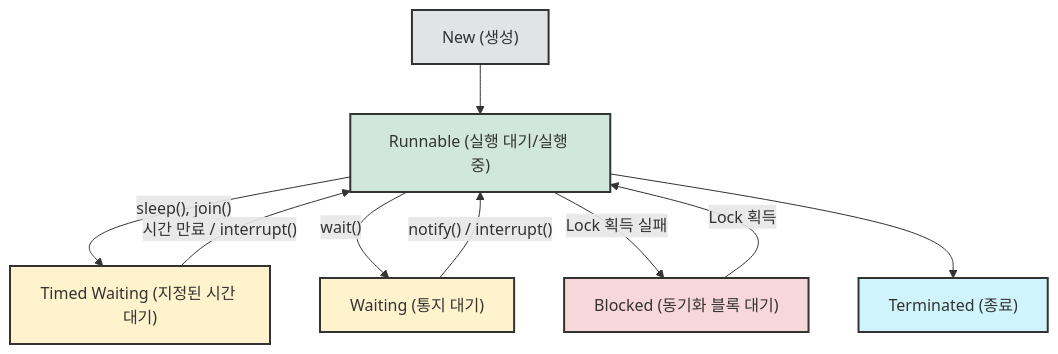
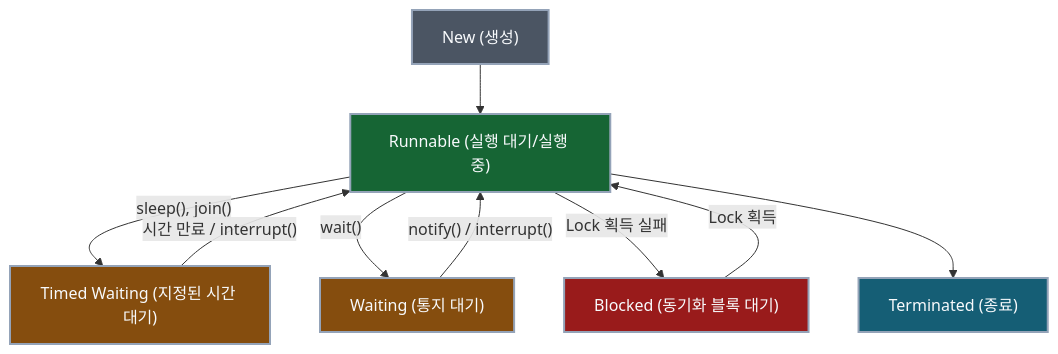
Before and after one commit to Kang-Hyesung/kang-hyesung.github.io: the diagram in _posts/java/13-스레드_제어_및_기초적_동기화/2026-03-05-sleep()메서드와-우연.md, drawn with Mermaid. The commit also changed 74 other files, not shown here.

Commit message:
docs: update post visibility and mermaid colors

````diff
--- a/_posts/java/13-스레드_제어_및_기초적_동기화/2026-03-05-sleep()메서드와-우연.md
+++ b/_posts/java/13-스레드_제어_및_기초적_동기화/2026-03-05-sleep()메서드와-우연.md
@@ -18,30 +18,30 @@
 ```mermaid
 graph TD
     %% 1. 노드 정의
     A["New (생성)"]
     B["Runnable (실행 대기/실행 중)"]
     C["Timed Waiting (지정된 시간 대기)"]
     D["Waiting (통지 대기)"]
     E["Blocked (동기화 블록 대기)"]
     F["Terminated (종료)"]
 
     %% 2. 연결(Edge) 정의 (안전한 따옴표 구문 사용)
     A --> B
     B -- "sleep(), join()" --> C
     B -- "wait()" --> D
     B -- "Lock 획득 실패" --> E
     
     C -- "시간 만료 / interrupt()" --> B
     D -- "notify() / interrupt()" --> B
     E -- "Lock 획득" --> B
     
     B --> F
 
     %% 3. 스타일 정의
-    style A fill:#e2e3e5,stroke:#333,stroke-width:2px
-    style B fill:#d1e7dd,stroke:#333,stroke-width:2px
-    style C fill:#fff3cd,stroke:#333,stroke-width:2px
-    style D fill:#fff3cd,stroke:#333,stroke-width:2px
-    style E fill:#f8d7da,stroke:#333,stroke-width:2px
-    style F fill:#cff4fc,stroke:#333,stroke-width:2px
+    style A fill:#4b5563,stroke:#94a3b8,stroke-width:2px,color:#f8fafc
+    style B fill:#166534,stroke:#94a3b8,stroke-width:2px,color:#f8fafc
+    style C fill:#854d0e,stroke:#94a3b8,stroke-width:2px,color:#f8fafc
+    style D fill:#854d0e,stroke:#94a3b8,stroke-width:2px,color:#f8fafc
+    style E fill:#991b1b,stroke:#94a3b8,stroke-width:2px,color:#f8fafc
+    style F fill:#155e75,stroke:#94a3b8,stroke-width:2px,color:#f8fafc
 ```
````
